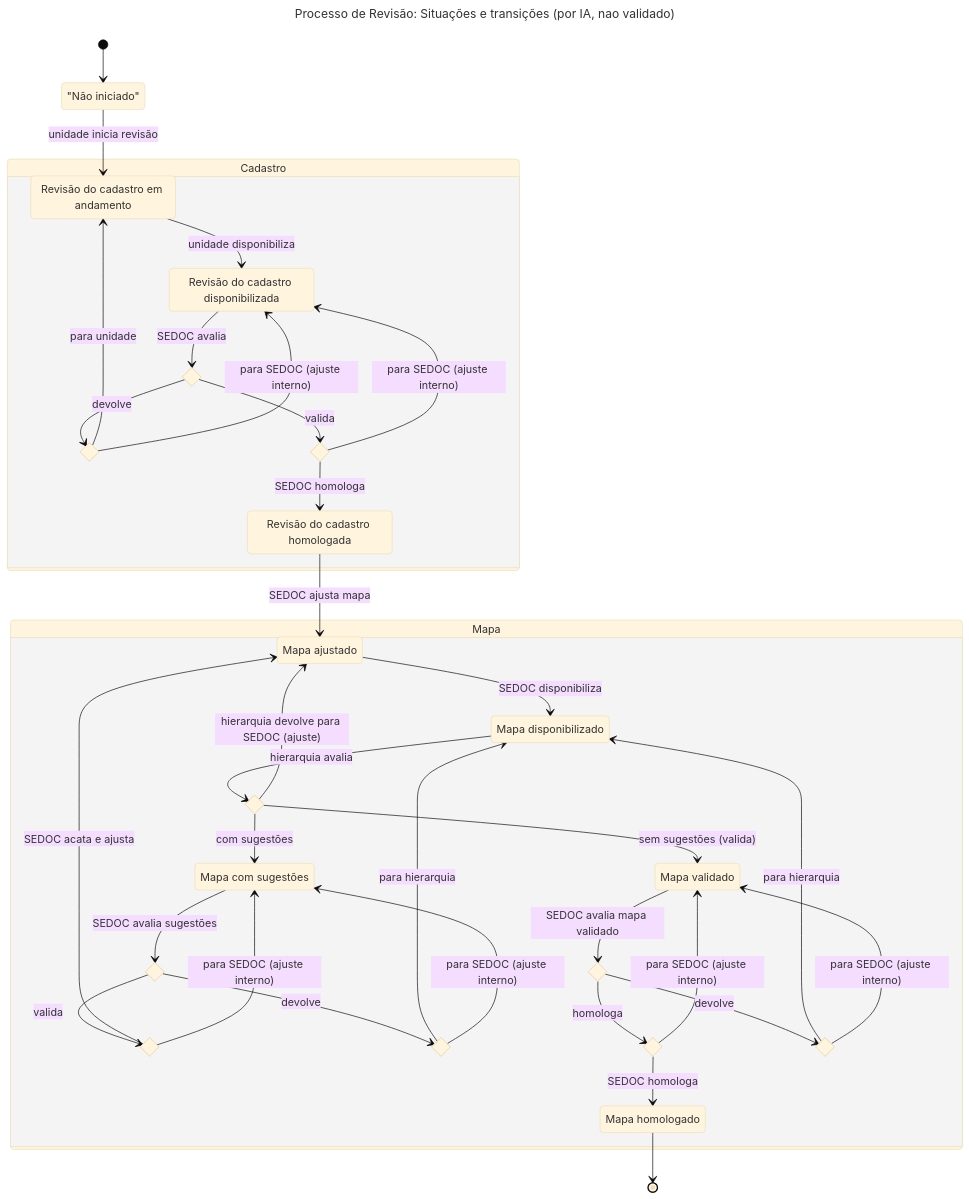
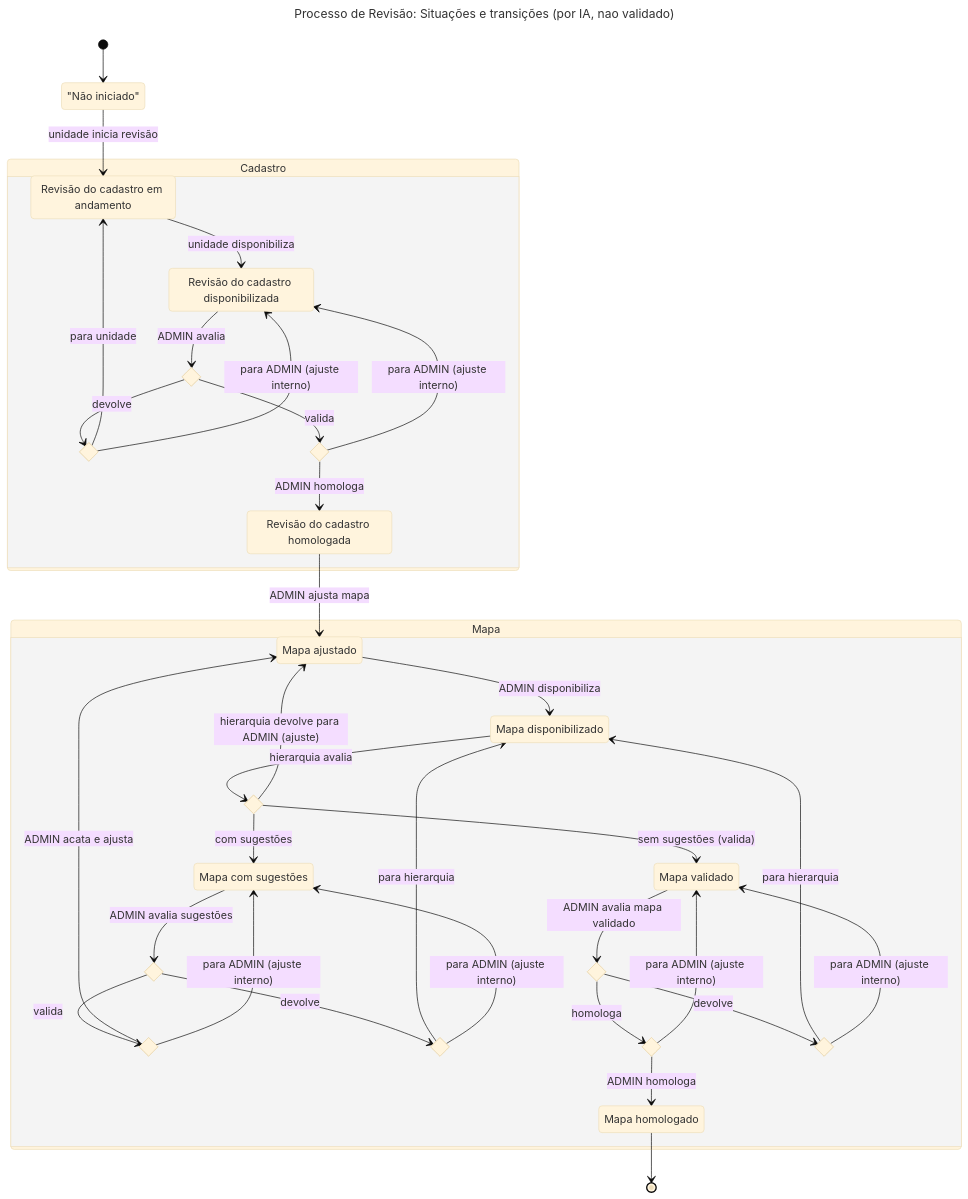
Before and after one commit to lgalvao/sgc: the second of 2 diagrams in etc/reqs/_intro.md, drawn with Mermaid (base theme). The commit also changed other lines of this file and 15 other files, not shown here.

````diff
--- a/etc/reqs/_intro.md
+++ b/etc/reqs/_intro.md
@@ -156,78 +159,78 @@
 ```mermaid
 ---
 title: "Processo de Revisão: Situações e transições (por IA, nao validado)"
 ---
 stateDiagram-v2
     NaoIniciado: "Não iniciado"
 
     [*] --> NaoIniciado
     NaoIniciado --> RevisaoEmAndamento: unidade inicia revisão
 
     state Cadastro {
         RevisaoEmAndamento: Revisão do cadastro em andamento
         RevisaoDisponibilizada: Revisão do cadastro disponibilizada
         RevisaoHomologada: Revisão do cadastro homologada
 
         state DecisaoAcaoCadastro <<choice>>
         state DecisaoDevolucaoCadastro <<choice>>
         state DecisaoValidacaoCadastro <<choice>>
 
         RevisaoEmAndamento --> RevisaoDisponibilizada: unidade disponibiliza
 
-        RevisaoDisponibilizada --> DecisaoAcaoCadastro: SEDOC avalia
+        RevisaoDisponibilizada --> DecisaoAcaoCadastro: ADMIN avalia
         DecisaoAcaoCadastro --> DecisaoDevolucaoCadastro: devolve
         DecisaoAcaoCadastro --> DecisaoValidacaoCadastro: valida
 
         DecisaoDevolucaoCadastro --> RevisaoEmAndamento: para unidade
-        DecisaoDevolucaoCadastro --> RevisaoDisponibilizada: para SEDOC (ajuste interno)
+        DecisaoDevolucaoCadastro --> RevisaoDisponibilizada: para ADMIN (ajuste interno)
 
-        DecisaoValidacaoCadastro --> RevisaoHomologada: SEDOC homologa
-        DecisaoValidacaoCadastro --> RevisaoDisponibilizada: para SEDOC (ajuste interno)
+        DecisaoValidacaoCadastro --> RevisaoHomologada: ADMIN homologa
+        DecisaoValidacaoCadastro --> RevisaoDisponibilizada: para ADMIN (ajuste interno)
 
-        RevisaoHomologada --> MapaAjustado: SEDOC ajusta mapa
+        RevisaoHomologada --> MapaAjustado: ADMIN ajusta mapa
     }
 
     state Mapa {
         MapaAjustado: Mapa ajustado
         MapaDisponibilizado: Mapa disponibilizado
         MapaComSugestoes: Mapa com sugestões
         MapaValidado: Mapa validado
         MapaHomologado: Mapa homologado
 
         state DecisaoSugestoesMapa <<choice>>
         state DecisaoAcaoSugestoes <<choice>>
         state DecisaoValidaSugestoes <<choice>>
         state DecisaoDevolveSugestoes <<choice>>
         state DecisaoAcaoValidado <<choice>>
         state DecisaoValidaMapa <<choice>>
         state DecisaoDevolveValidacao <<choice>>
 
-        MapaAjustado --> MapaDisponibilizado: SEDOC disponibiliza
+        MapaAjustado --> MapaDisponibilizado: ADMIN disponibiliza
         MapaDisponibilizado --> DecisaoSugestoesMapa: hierarquia avalia
         DecisaoSugestoesMapa --> MapaComSugestoes: com sugestões
         DecisaoSugestoesMapa --> MapaValidado: sem sugestões (valida)
-        DecisaoSugestoesMapa --> MapaAjustado: hierarquia devolve para SEDOC (ajuste)
+        DecisaoSugestoesMapa --> MapaAjustado: hierarquia devolve para ADMIN (ajuste)
 
-        MapaComSugestoes --> DecisaoAcaoSugestoes: SEDOC avalia sugestões
+        MapaComSugestoes --> DecisaoAcaoSugestoes: ADMIN avalia sugestões
         DecisaoAcaoSugestoes --> DecisaoValidaSugestoes: valida
         DecisaoAcaoSugestoes --> DecisaoDevolveSugestoes: devolve
 
-        DecisaoValidaSugestoes --> MapaAjustado: SEDOC acata e ajusta
-        DecisaoValidaSugestoes --> MapaComSugestoes: para SEDOC (ajuste interno)
+        DecisaoValidaSugestoes --> MapaAjustado: ADMIN acata e ajusta
+        DecisaoValidaSugestoes --> MapaComSugestoes: para ADMIN (ajuste interno)
 
         DecisaoDevolveSugestoes --> MapaDisponibilizado: para hierarquia
-        DecisaoDevolveSugestoes --> MapaComSugestoes: para SEDOC (ajuste interno)
+        DecisaoDevolveSugestoes --> MapaComSugestoes: para ADMIN (ajuste interno)
 
-        MapaValidado --> DecisaoAcaoValidado: SEDOC avalia mapa validado
+        MapaValidado --> DecisaoAcaoValidado: ADMIN avalia mapa validado
         DecisaoAcaoValidado --> DecisaoValidaMapa: homologa
         DecisaoAcaoValidado --> DecisaoDevolveValidacao: devolve
 
-        DecisaoValidaMapa --> MapaHomologado: SEDOC homologa
-        DecisaoValidaMapa --> MapaValidado: para SEDOC (ajuste interno)
+        DecisaoValidaMapa --> MapaHomologado: ADMIN homologa
+        DecisaoValidaMapa --> MapaValidado: para ADMIN (ajuste interno)
 
         DecisaoDevolveValidacao --> MapaDisponibilizado: para hierarquia
-        DecisaoDevolveValidacao --> MapaValidado: para SEDOC (ajuste interno)
+        DecisaoDevolveValidacao --> MapaValidado: para ADMIN (ajuste interno)
     }
 
     MapaHomologado --> [*]
 ```
````
